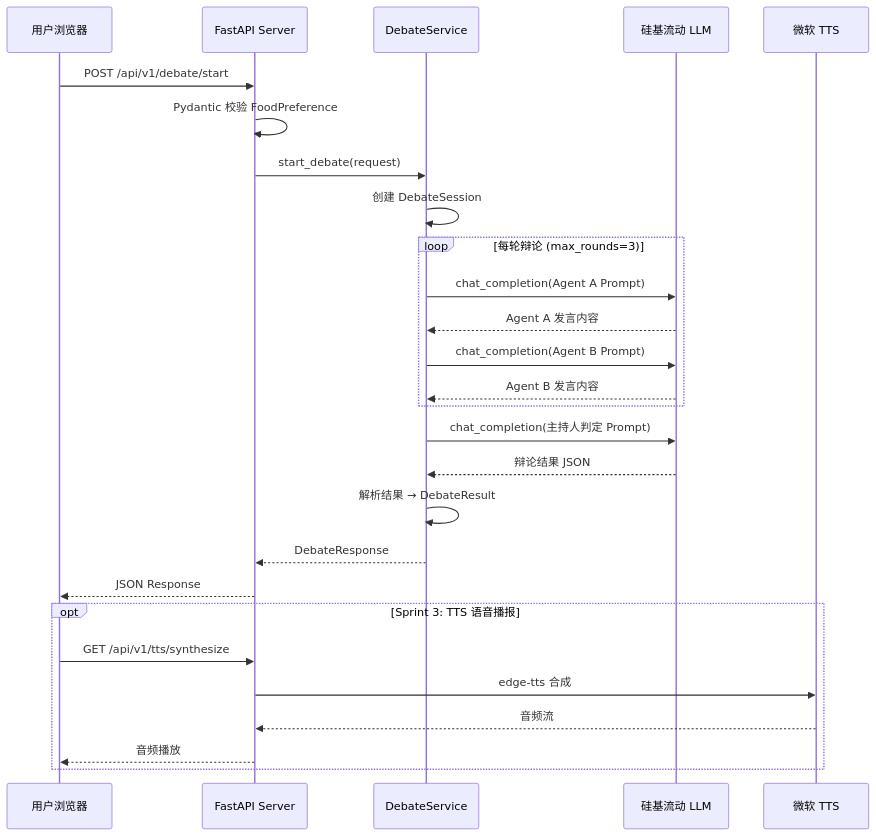
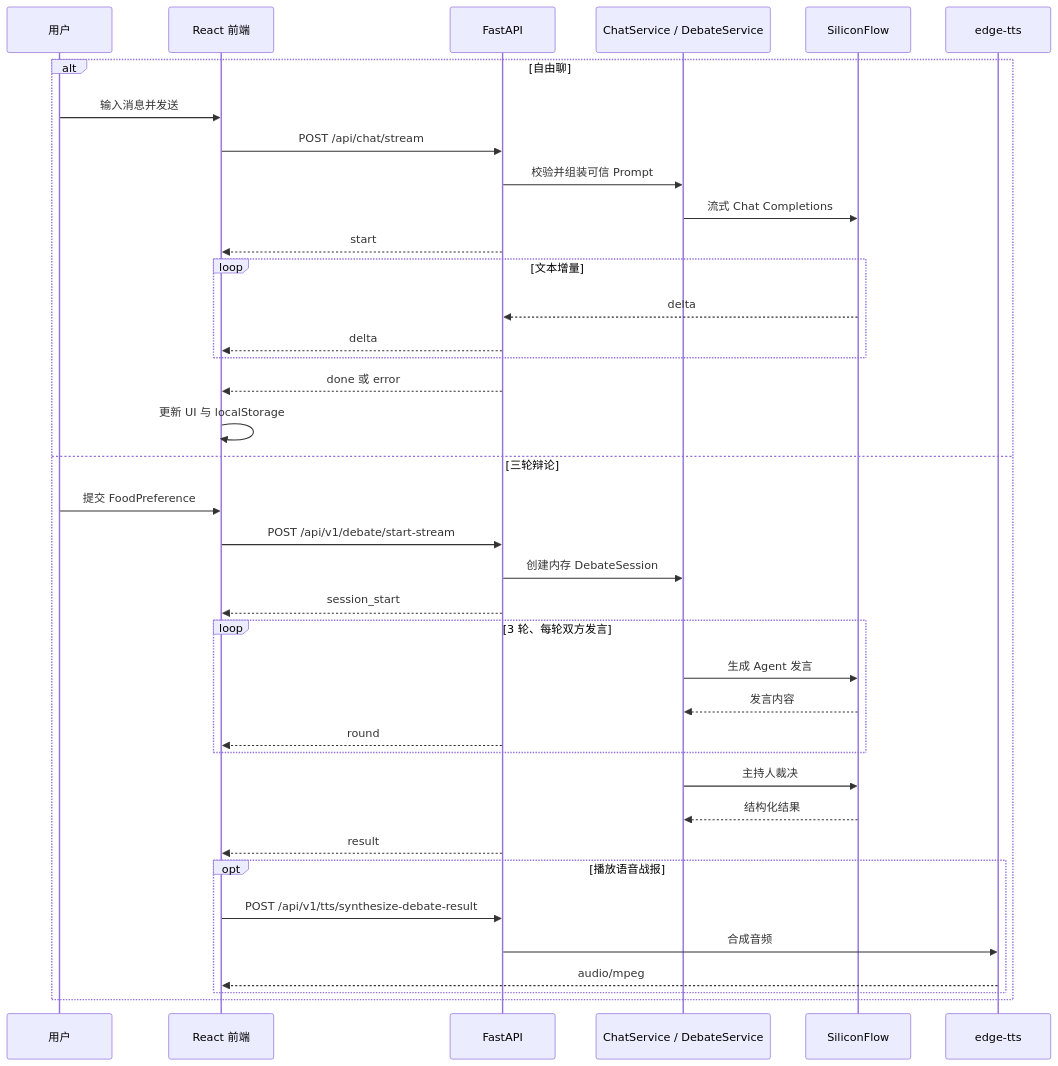
Before and after one commit to wez798/cyber-foodie-debate: the fifth of 6 diagrams in docs/system_design.md, drawn with Mermaid. The commit also changed other lines of this file and 43 other files, not shown here.

````diff
--- a/docs/system_design.md
+++ b/docs/system_design.md
@@ -158,33 +195,41 @@
 ```mermaid
 sequenceDiagram
-    participant U as 用户浏览器
-    participant API as FastAPI Server
-    participant DS as DebateService
-    participant LLM as 硅基流动 LLM
-    participant TTS as 微软 TTS
+    participant U as 用户
+    participant FE as React 前端
+    participant API as FastAPI
+    participant SVC as ChatService / DebateService
+    participant LLM as SiliconFlow
+    participant TTS as edge-tts
 
-    U->>API: POST /api/v1/debate/start
-    API->>API: Pydantic 校验 FoodPreference
-    API->>DS: start_debate(request)
-    DS->>DS: 创建 DebateSession
-
-    loop 每轮辩论 (max_rounds=3)
-        DS->>LLM: chat_completion(Agent A Prompt)
-        LLM-->>DS: Agent A 发言内容
-        DS->>LLM: chat_completion(Agent B Prompt)
-        LLM-->>DS: Agent B 发言内容
-    end
-
-    DS->>LLM: chat_completion(主持人判定 Prompt)
-    LLM-->>DS: 辩论结果 JSON
-    DS->>DS: 解析结果 → DebateResult
-    DS-->>API: DebateResponse
-    API-->>U: JSON Response
-
-    opt Sprint 3: TTS 语音播报
-        U->>API: GET /api/v1/tts/synthesize
-        API->>TTS: edge-tts 合成
-        TTS-->>API: 音频流
-        API-->>U: 音频播放
+    alt 自由聊
+        U->>FE: 输入消息并发送
+        FE->>API: POST /api/chat/stream
+        API->>SVC: 校验并组装可信 Prompt
+        SVC->>LLM: 流式 Chat Completions
+        API-->>FE: start
+        loop 文本增量
+            LLM-->>API: delta
+            API-->>FE: delta
+        end
+        API-->>FE: done 或 error
+        FE->>FE: 更新 UI 与 localStorage
+    else 三轮辩论
+        U->>FE: 提交 FoodPreference
+        FE->>API: POST /api/v1/debate/start-stream
+        API->>SVC: 创建内存 DebateSession
+        API-->>FE: session_start
+        loop 3 轮、每轮双方发言
+            SVC->>LLM: 生成 Agent 发言
+            LLM-->>SVC: 发言内容
+            API-->>FE: round
+        end
+        SVC->>LLM: 主持人裁决
+        LLM-->>SVC: 结构化结果
+        API-->>FE: result
+        opt 播放语音战报
+            FE->>API: POST /api/v1/tts/synthesize-debate-result
+            API->>TTS: 合成音频
+            TTS-->>FE: audio/mpeg
+        end
     end
 ```
````
